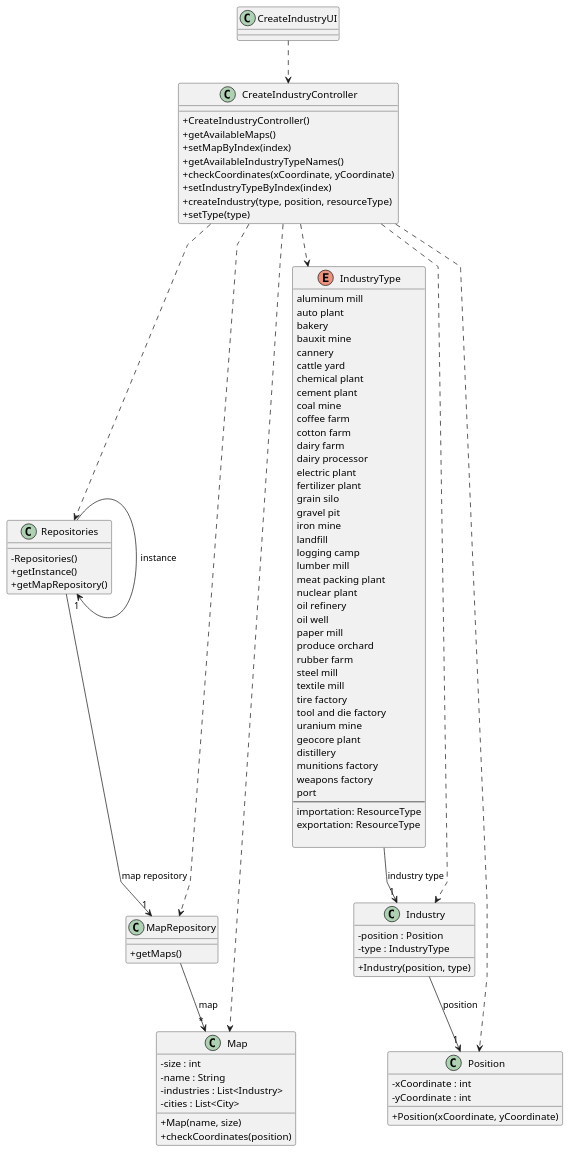
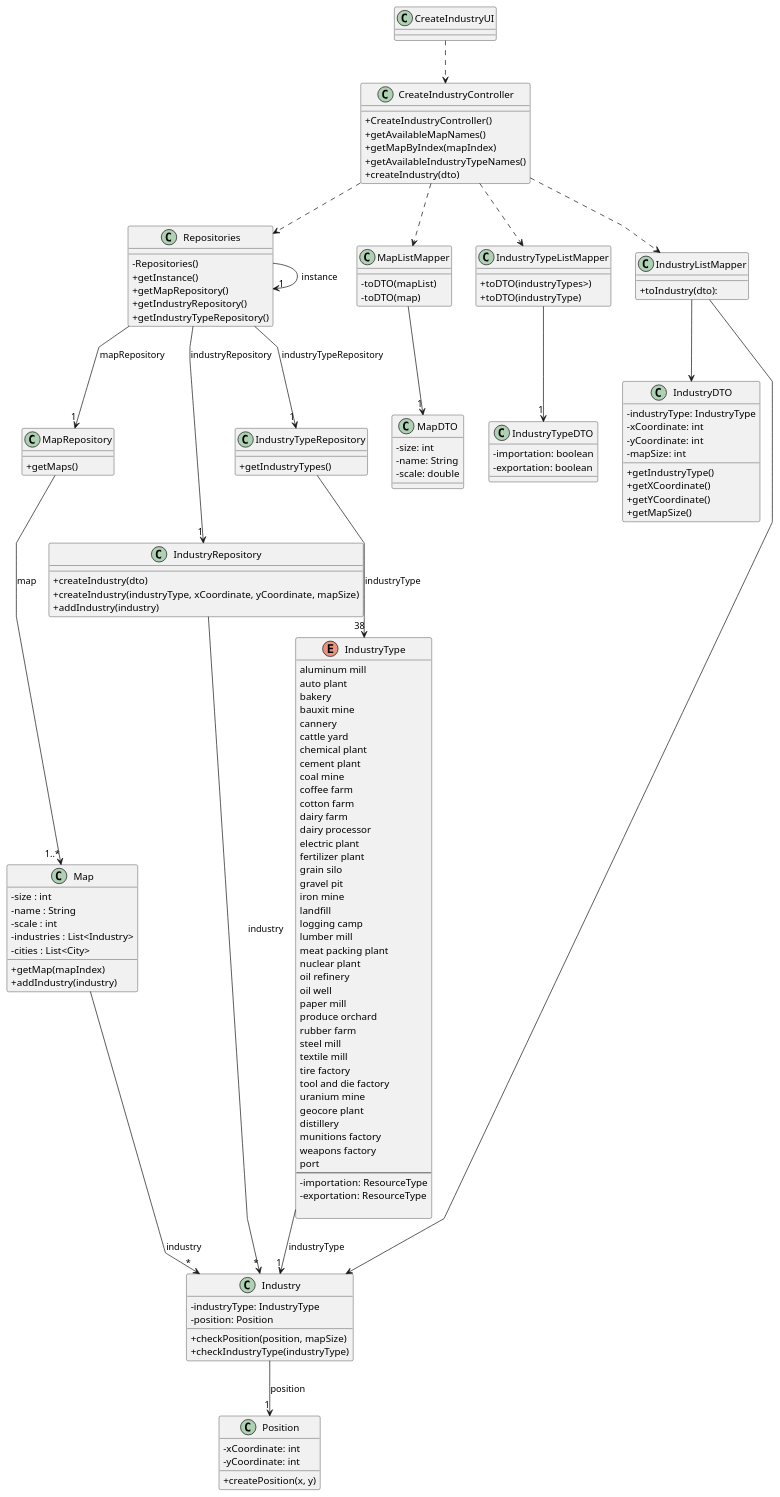
One commit to 1240935/pi2-railway-simulator changed the diagram in Sprint3/US002/03.design/puml/US002-CD.puml. Above: the diagram before and after it, drawn with PlantUML. The commit also changed 5 other files, not shown here.

```diff
--- a/Sprint3/US002/03.design/puml/US002-CD.puml
+++ b/Sprint3/US002/03.design/puml/US002-CD.puml
@@ -1,117 +1,182 @@
 @startuml
 'skinparam monochrome true
 skinparam packageStyle rectangle
 skinparam shadowing false
 skinparam linetype polyline
 'skinparam linetype orto
 
 skinparam classAttributeIconSize 0
 
 'left to right direction
 
-  class CreateIndustryUI{
-  }
+class CreateIndustryUI {
+}
 
-  class CreateIndustryController {
-    +CreateIndustryController()
-    +getAvailableMaps()
-    +setMapByIndex(index)
-    +getAvailableIndustryTypeNames()
-    +checkCoordinates(xCoordinate, yCoordinate)
-    +setIndustryTypeByIndex(index)
-    +createIndustry(type, position, resourceType)
-    +setType(type)
-  }
+class CreateIndustryController {
+  +CreateIndustryController()
+  +getAvailableMapNames()
+  +getMapByIndex(mapIndex)
+  +getAvailableIndustryTypeNames()
+  +createIndustry(dto)
+}
 
+class Repositories {
+  -Repositories()
+  +getInstance()
+  +getMapRepository()
+  +getIndustryRepository()
+  +getIndustryTypeRepository()
+}
 
-  class Repositories {
-      - Repositories()
-      + getInstance()
-      + getMapRepository()
-  }
-  class MapRepository {
-    +getMaps()
-  }
+class MapRepository {
+  +getMaps()
+}
 
-  class Industry {
-    -position : Position
-    -type : IndustryType
-    +Industry(position, type)
-  }
-  class Map {
-    - size : int
-    - name : String
-    - industries : List<Industry>
-    - cities : List<City>
-    + Map(name, size)
-    +checkCoordinates(position)
-    }
+class IndustryRepository {
+  +createIndustry(dto)
+  +createIndustry(industryType, xCoordinate, yCoordinate, mapSize)
+  +addIndustry(industry)
+}
 
-  class Position {
-    -xCoordinate : int
-    -yCoordinate : int
-    +Position(xCoordinate, yCoordinate)
-  }
+class IndustryTypeRepository {
+  +getIndustryTypes()
+}
 
-  enum IndustryType{
+class MapListMapper {
+  -toDTO(mapList)
+  -toDTO(map)
+}
+
+class IndustryTypeListMapper {
+  +toDTO(industryTypes>)
+  +toDTO(industryType)
+}
+
+class IndustryListMapper {
+  +toIndustry(dto):
+}
+
+class MapDTO {
+  -size: int
+  -name: String
+  -scale: double
+}
+
+class IndustryTypeDTO {
+  -importation: boolean
+  -exportation: boolean
+}
+
+class IndustryDTO {
+  -industryType: IndustryType
+  -xCoordinate: int
+  -yCoordinate: int
+  -mapSize: int
+  +getIndustryType()
+  +getXCoordinate()
+  +getYCoordinate()
+  +getMapSize()
+}
+
+class Map {
+  - size : int
+  - name : String
+  - scale : int
+  - industries : List<Industry>
+  - cities : List<City>
+  +getMap(mapIndex)
+  +addIndustry(industry)
+}
+
+class Industry {
+  -industryType: IndustryType
+  -position: Position
+  +checkPosition(position, mapSize)
+  +checkIndustryType(industryType)
+}
+
+ enum IndustryType{
     aluminum mill
     auto plant
     bakery
     bauxit mine
     cannery
     cattle yard
     chemical plant
     cement plant
     coal mine
     coffee farm
     cotton farm
     dairy farm
     dairy processor
     electric plant
     fertilizer plant
     grain silo
     gravel pit
     iron mine
     landfill
     logging camp
     lumber mill
     meat packing plant
     nuclear plant
     oil refinery
     oil well
     paper mill
     produce orchard
     rubber farm
     steel mill
     textile mill
     tire factory
     tool and die factory
     uranium mine
     geocore plant
     distillery
     munitions factory
     weapons factory
     port
     --
-    importation: ResourceType
-    exportation: ResourceType
+    -importation: ResourceType
+    -exportation: ResourceType
 
   }
 
+class Position {
+  -xCoordinate: int
+  -yCoordinate: int
+  +createPosition(x, y)
+}
 
+' Associations
+CreateIndustryUI ..> CreateIndustryController
 
+CreateIndustryController ..> Repositories
 
-CreateIndustryUI ..> CreateIndustryController
-CreateIndustryController ..>  Repositories
-CreateIndustryController ..>  MapRepository
-CreateIndustryController ..>  Map
-CreateIndustryController ..> Position
-CreateIndustryController ..> IndustryType
-CreateIndustryController ..> Industry
-Repositories --> "1" MapRepository : map repository
 Repositories -> "1" Repositories : instance
-MapRepository --> "*" Map : map
-Industry --> "1" Position : position
-IndustryType --> "1" Industry : industry type
+Repositories --> "1" MapRepository: mapRepository
+Repositories --> "1" IndustryRepository: industryRepository
+Repositories --> "1" IndustryTypeRepository: industryTypeRepository
+
+CreateIndustryController ..> MapListMapper
+
+MapListMapper --> "1" MapDTO
+
+CreateIndustryController ..> IndustryTypeListMapper
+
+IndustryTypeListMapper --> "1" IndustryTypeDTO
+
+CreateIndustryController ..> IndustryListMapper
+
+IndustryListMapper --> Industry
+
+IndustryListMapper --> IndustryDTO
+
+Industry --> "1" Position: position
+
+IndustryTypeRepository --> "38" IndustryType: industryType
+MapRepository --> "1..*" Map: map
+IndustryType --> "1" Industry: industryType
+
+IndustryRepository --> "*" Industry: industry
+Map --> "*" Industry: industry
 
 @enduml
```
